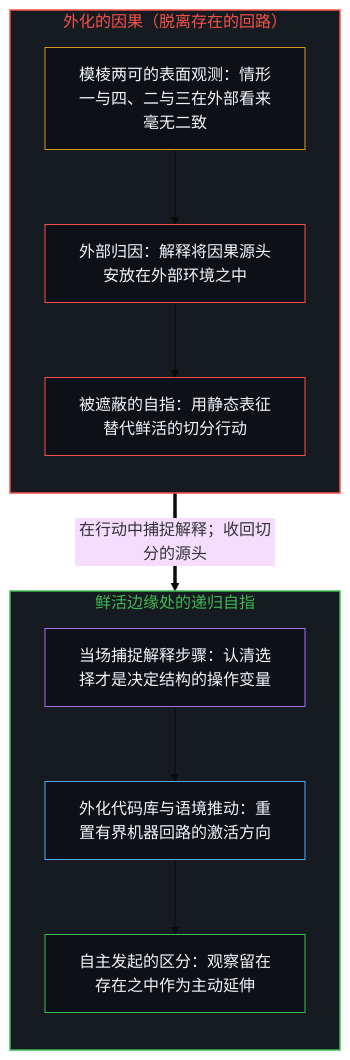
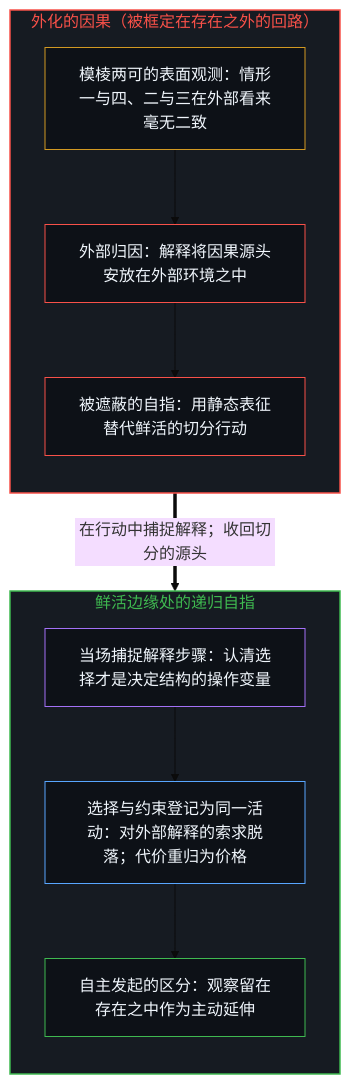
One commit to powerpig99/not-a-toe changed the first of 2 diagrams in content/posts/the-loop-that-cant-see-itself.md. Above: the diagram before and after it, drawn with Mermaid (base theme). The commit also changed other lines of this file and 7 other files, not shown here.

````diff
--- a/content/posts/the-loop-that-cant-see-itself.md
+++ b/content/posts/the-loop-that-cant-see-itself.md
@@ -41,26 +41,26 @@
 ```mermaid
 flowchart TD
-    subgraph S_Exit["外化的因果（脱离存在的回路）"]
+    subgraph S_Exit["外化的因果（被框定在存在之外的回路）"]
         direction TB
         E_Obs["模棱两可的表面观测：情形一与四、二与三在外部看来毫无二致"]
         E_Attr["外部归因：解释将因果源头安放在外部环境之中"]
         E_Blind["被遮蔽的自指：用静态表征替代鲜活的切分行动"]
         E_Obs --> E_Attr --> E_Blind
     end
     subgraph S_Recurse["鲜活边缘处的递归自指"]
         direction TB
         R_Catch["当场捕捉解释步骤：认清选择才是决定结构的操作变量"]
-        R_Push["外化代码库与语境推动：重置有界机器回路的激活方向"]
+        R_Price["选择与约束登记为同一活动：对外部解释的索求脱落；代价重归为价格"]
         R_Act["自主发起的区分：观察留在存在之中作为主动延伸"]
-        R_Catch --> R_Push --> R_Act
+        R_Catch --> R_Price --> R_Act
     end
     E_Blind ==>|"在行动中捕捉解释；收回切分的源头"| R_Catch
     style S_Exit fill:#161b22,stroke:#f85149,stroke-width:1.5px,color:#f85149
     style S_Recurse fill:#161b22,stroke:#3fb950,stroke-width:1.5px,color:#3fb950
     style E_Obs fill:#0d1117,stroke:#d29922,stroke-width:1px,color:#f0f6fc
     style E_Attr fill:#0d1117,stroke:#f85149,stroke-width:1px,color:#f0f6fc
     style E_Blind fill:#0d1117,stroke:#f85149,stroke-width:1px,color:#f0f6fc
     style R_Catch fill:#0d1117,stroke:#a371f7,stroke-width:1px,color:#f0f6fc
-    style R_Push fill:#0d1117,stroke:#58a6ff,stroke-width:1px,color:#f0f6fc
+    style R_Price fill:#0d1117,stroke:#58a6ff,stroke-width:1px,color:#f0f6fc
     style R_Act fill:#0d1117,stroke:#3fb950,stroke-width:1px,color:#f0f6fc
 ```
````
